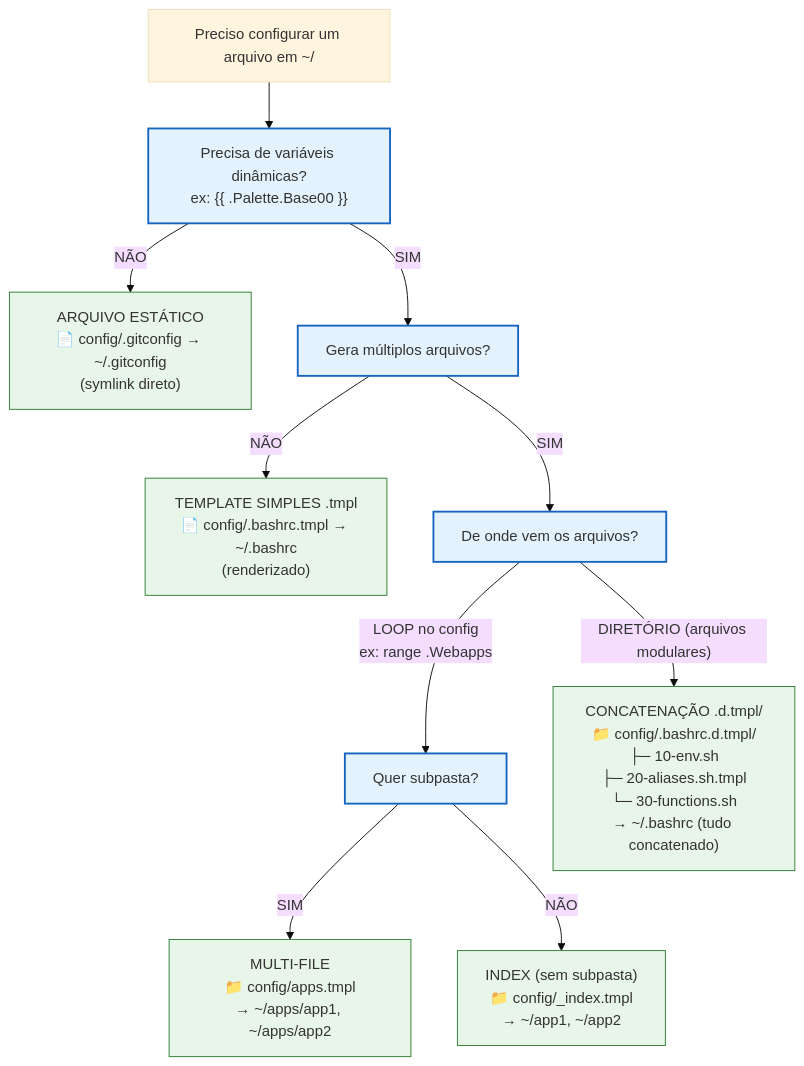
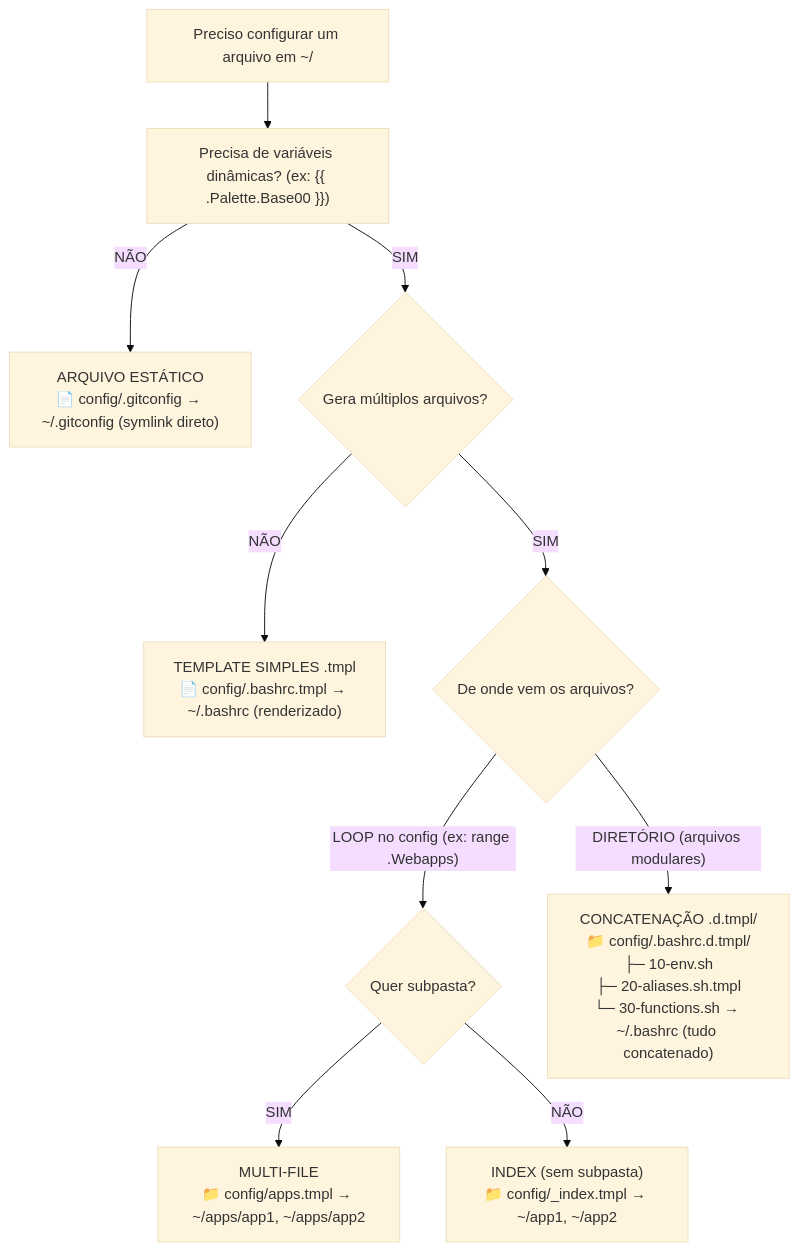
Before and after one commit to lucasew/workspaced: the diagram in TEMPLATES.md, drawn with Mermaid (base theme).

Commit message:
checkpoint

````diff
--- a/TEMPLATES.md
+++ b/TEMPLATES.md
@@ -5,25 +5,21 @@
 ```mermaid
 flowchart TD
-    Start["Preciso configurar um arquivo em ~/"] --> Q1["Precisa de variáveis dinâmicas?<br/>ex: {{ .Palette.Base00 }}"]
+    Start["Preciso configurar um arquivo em ~/"] --> Q1["Precisa de variáveis dinâmicas? (ex: {{ .Palette.Base00 }})"]
 
-    Q1 -- NÃO --> Static["ARQUIVO ESTÁTICO<br/>📄 config/.gitconfig → ~/.gitconfig<br/>(symlink direto)"]
+    Q1 -- NÃO --> Static["ARQUIVO ESTÁTICO<br/>📄 config/.gitconfig → ~/.gitconfig (symlink direto)"]
 
-    Q1 -- SIM --> Q2["Gera múltiplos arquivos?"]
+    Q1 -- SIM --> Q2{Gera múltiplos arquivos?}
 
-    Q2 -- NÃO --> Simple["TEMPLATE SIMPLES .tmpl<br/>📄 config/.bashrc.tmpl → ~/.bashrc<br/>(renderizado)"]
+    Q2 -- NÃO --> Simple["TEMPLATE SIMPLES .tmpl<br/>📄 config/.bashrc.tmpl → ~/.bashrc (renderizado)"]
 
-    Q2 -- SIM --> Q3["De onde vem os arquivos?"]
+    Q2 -- SIM --> Q3{De onde vem os arquivos?}
 
-    Q3 -- "LOOP no config<br/>ex: range .Webapps" --> Q4["Quer subpasta?"]
+    Q3 -- "LOOP no config (ex: range .Webapps)" --> Q4{Quer subpasta?}
 
-    Q4 -- SIM --> Multi["MULTI-FILE<br/>📁 config/apps.tmpl<br/>→ ~/apps/app1, ~/apps/app2"]
+    Q4 -- SIM --> Multi["MULTI-FILE<br/>📁 config/apps.tmpl → ~/apps/app1, ~/apps/app2"]
 
-    Q4 -- NÃO --> Index["INDEX (sem subpasta)<br/>📁 config/_index.tmpl<br/>→ ~/app1, ~/app2"]
+    Q4 -- NÃO --> Index["INDEX (sem subpasta)<br/>📁 config/_index.tmpl → ~/app1, ~/app2"]
 
-    Q3 -- "DIRETÓRIO (arquivos modulares)" --> Concat["CONCATENAÇÃO .d.tmpl/<br/>📁 config/.bashrc.d.tmpl/<br/>├─ 10-env.sh<br/>├─ 20-aliases.sh.tmpl<br/>└─ 30-functions.sh<br/>→ ~/.bashrc (tudo concatenado)"]
+    Q3 -- "DIRETÓRIO (arquivos modulares)" --> Concat["CONCATENAÇÃO .d.tmpl/<br/>📁 config/.bashrc.d.tmpl/<br/>├─ 10-env.sh<br/>├─ 20-aliases.sh.tmpl<br/>└─ 30-functions.sh → ~/.bashrc (tudo concatenado)"]
 
-    classDef question fill:#e3f2fd,stroke:#1565c0,stroke-width:2px
-    classDef outcome fill:#e8f5e9,stroke:#2e7d32,stroke-width:1px
-    class Q1,Q2,Q3,Q4 question
-    class Static,Simple,Multi,Index,Concat outcome
 ```
````
